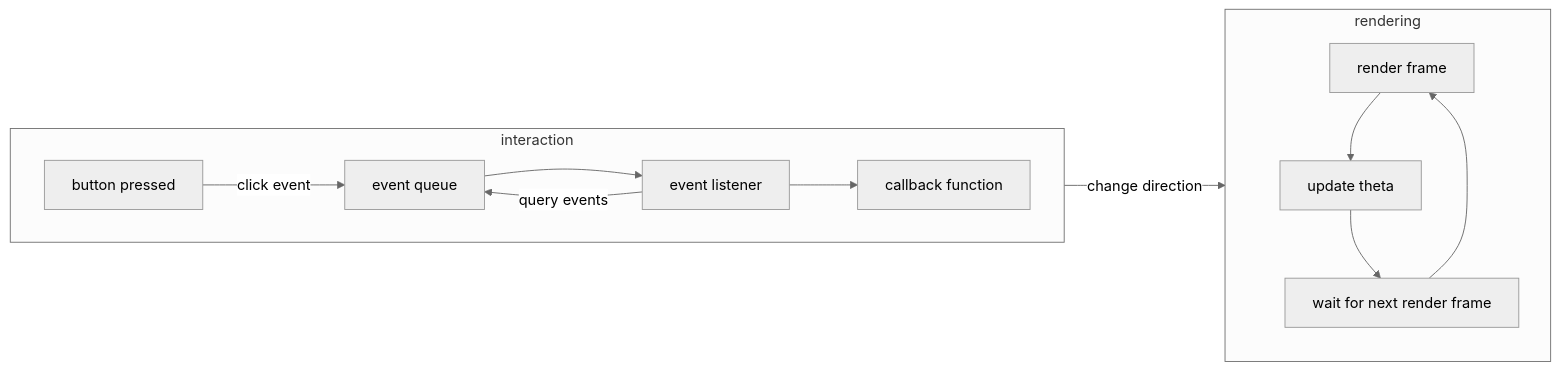
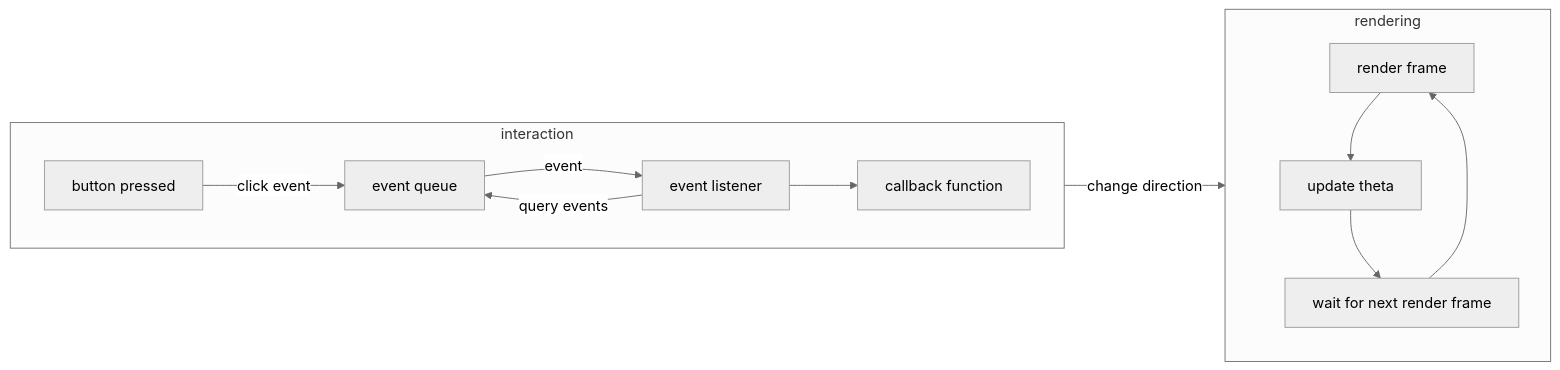
The seventh of 7 diagrams in graphics-computing/6plus/day_08.md (sininen-blue/2526-first-sem), drawn with Mermaid (neutral theme) before and after one commit.

Commit message:
graph 8: done

````diff
--- a/graphics-computing/6plus/day_08.md
+++ b/graphics-computing/6plus/day_08.md
@@ -385,28 +385,28 @@
 ```mermaid
 flowchart LR;
 a[button pressed]
 b[event queue]
 c[event listener]
 d[callback function]
 
 e[render frame]
 f[update theta]
 g[wait for next render frame]
 
 subgraph interaction
     direction LR
-    a --click event--> b --> c --> d
+    a --click event--> b --event--> c --> d
     c --query events --> b
 end
 
 
 subgraph rendering
     direction TB
     e --> f
     f --> g
     g --> e
 end
 
 d --change direction--> rendering
 
 ```
````
